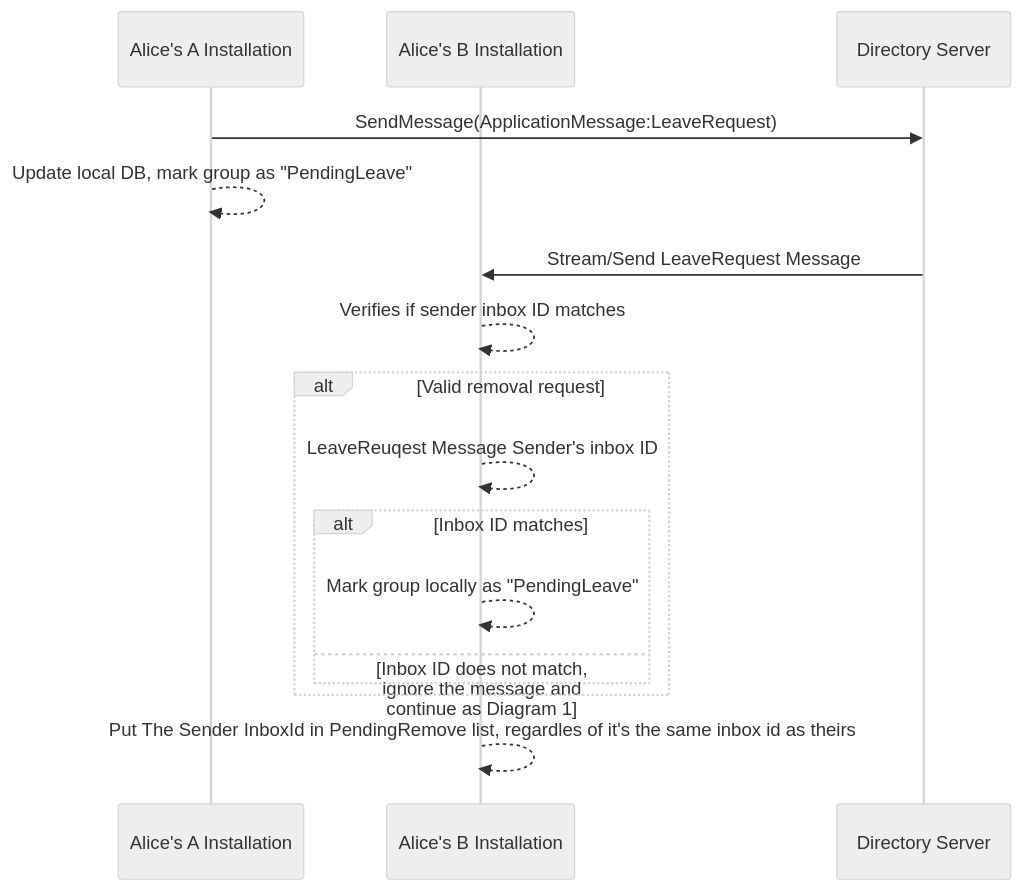
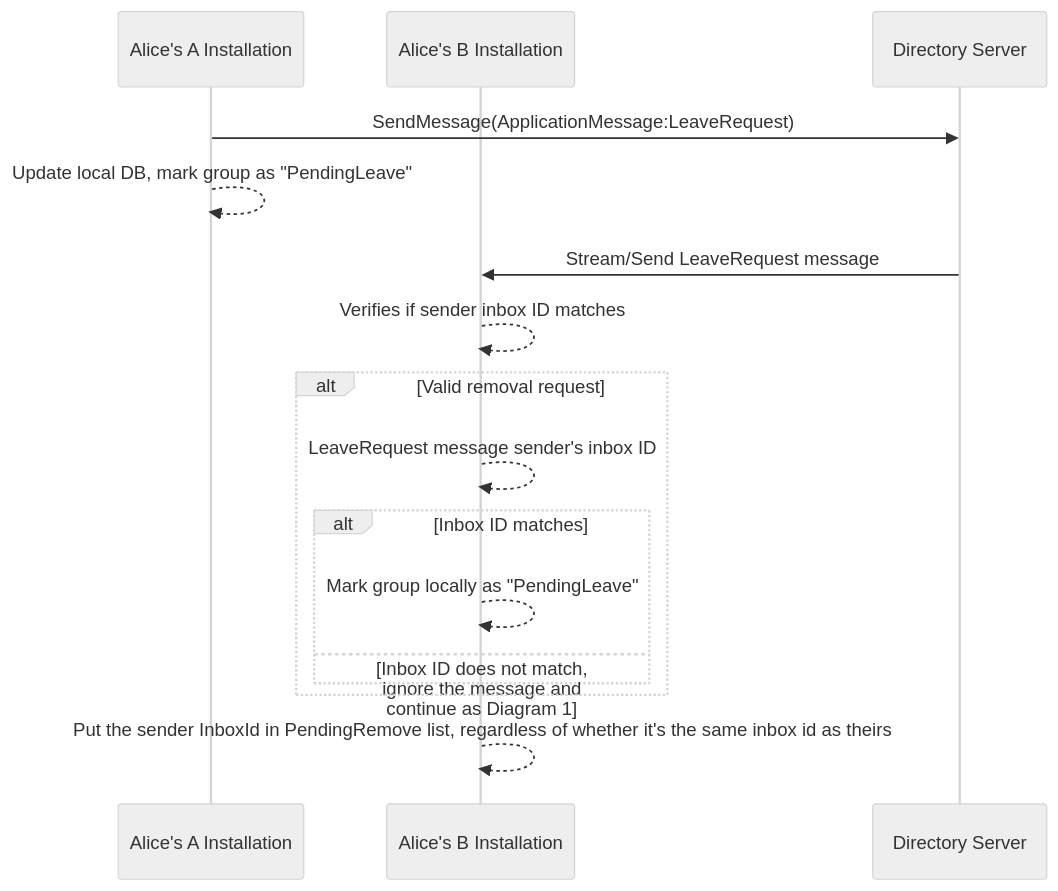
One commit to xmtp/XIPs changed the second of 6 diagrams in xip-XX-self-removal.md. Above: the diagram before and after it, drawn with Mermaid (neutral theme). The commit also changed other lines of this file, not shown here.

````diff
--- a/xip-XX-self-removal.md
+++ b/xip-XX-self-removal.md
@@ -80,20 +80,20 @@
 ```mermaid
 sequenceDiagram
     participant Alice_A as Alice's A Installation
     participant Alice_B as Alice's B Installation
     participant DS as Directory Server
 
     Alice_A->>DS: SendMessage(ApplicationMessage:LeaveRequest)
     Alice_A-->>Alice_A: Update local DB, mark group as "PendingLeave"
-    DS->>Alice_B: Stream/Send LeaveRequest Message
+    DS->>Alice_B: Stream/Send LeaveRequest message
 
     Alice_B-->>Alice_B: Verifies if sender inbox ID matches
     alt Valid removal request
-        Alice_B-->>Alice_B: LeaveReuqest Message Sender's inbox ID
+        Alice_B-->>Alice_B: LeaveRequest message sender's inbox ID
         alt Inbox ID matches
             Alice_B-->>Alice_B: Mark group locally as "PendingLeave"
         else Inbox ID does not match, ignore the message and continue as Diagram 1
         end
     end
-    Alice_B-->>Alice_B: Put The Sender InboxId in PendingRemove list, regardles of it's the same inbox id as theirs
+    Alice_B-->>Alice_B: Put the sender InboxId in PendingRemove list, regardless of whether it's the same inbox id as theirs
 ```
````
